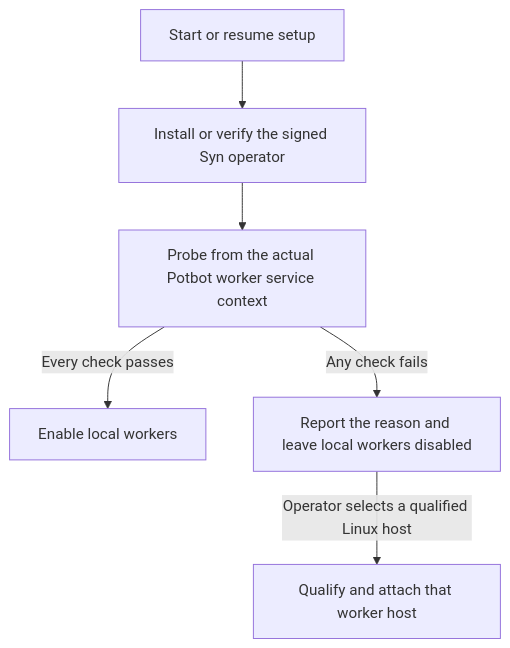
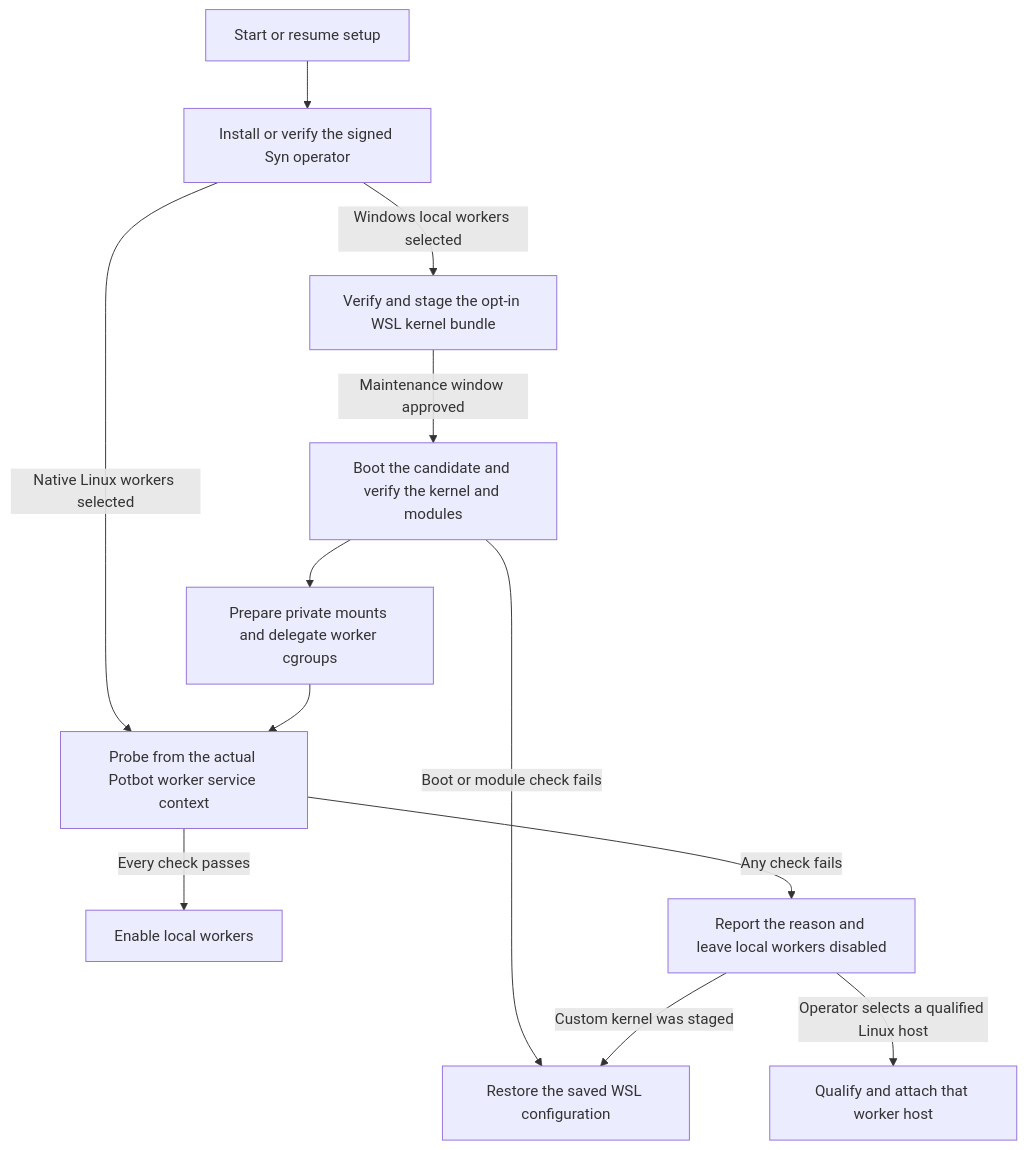
Before and after one commit to kieransimkin/potbot: the first of 3 diagrams in docs/implementation/self-contained-installer-plan.md, drawn with Mermaid. The commit also changed other lines of this file and 73 other files, not shown here.

````diff
--- a/docs/implementation/self-contained-installer-plan.md
+++ b/docs/implementation/self-contained-installer-plan.md
@@ -15,8 +15,14 @@
 ```mermaid
 flowchart TD
     S[Start or resume setup] --> O[Install or verify the signed Syn operator]
-    O --> P[Probe from the actual Potbot worker service context]
+    O -->|Windows local workers selected| K[Verify and stage the opt-in WSL kernel bundle]
+    K -->|Maintenance window approved| B[Boot the candidate and verify the kernel and modules]
+    B --> W[Prepare private mounts and delegate worker cgroups]
+    B -->|Boot or module check fails| R[Restore the saved WSL configuration]
+    O -->|Native Linux workers selected| P[Probe from the actual Potbot worker service context]
+    W --> P
     P -->|Every check passes| A[Enable local workers]
     P -->|Any check fails| H[Report the reason and leave local workers disabled]
+    H -->|Custom kernel was staged| R
     H -->|Operator selects a qualified Linux host| L[Qualify and attach that worker host]
 ```
````
